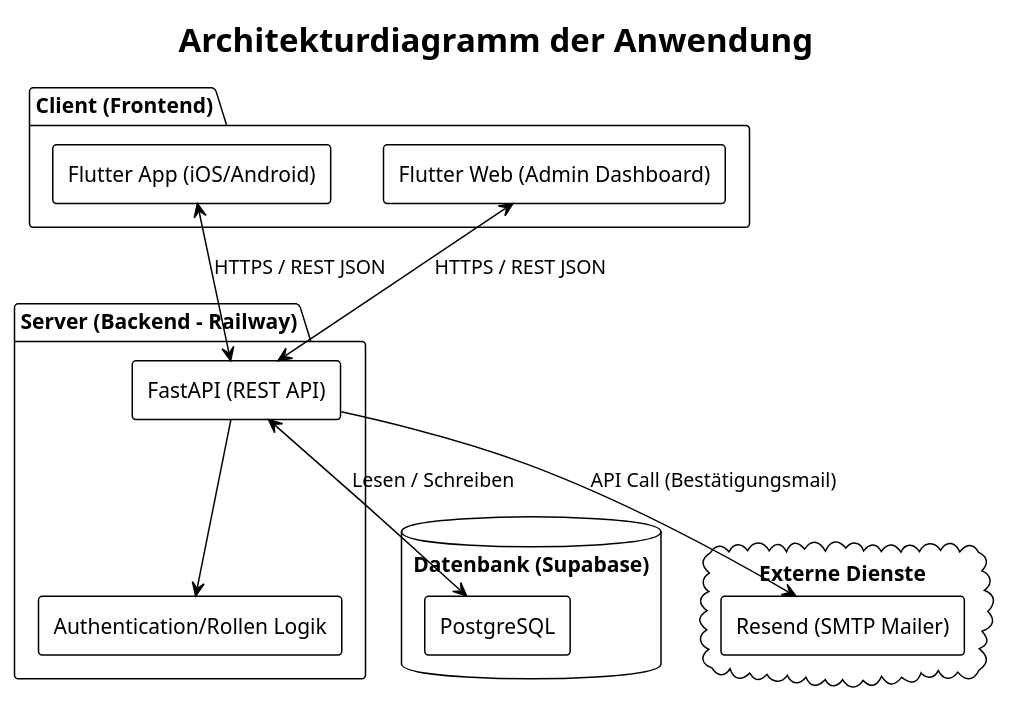
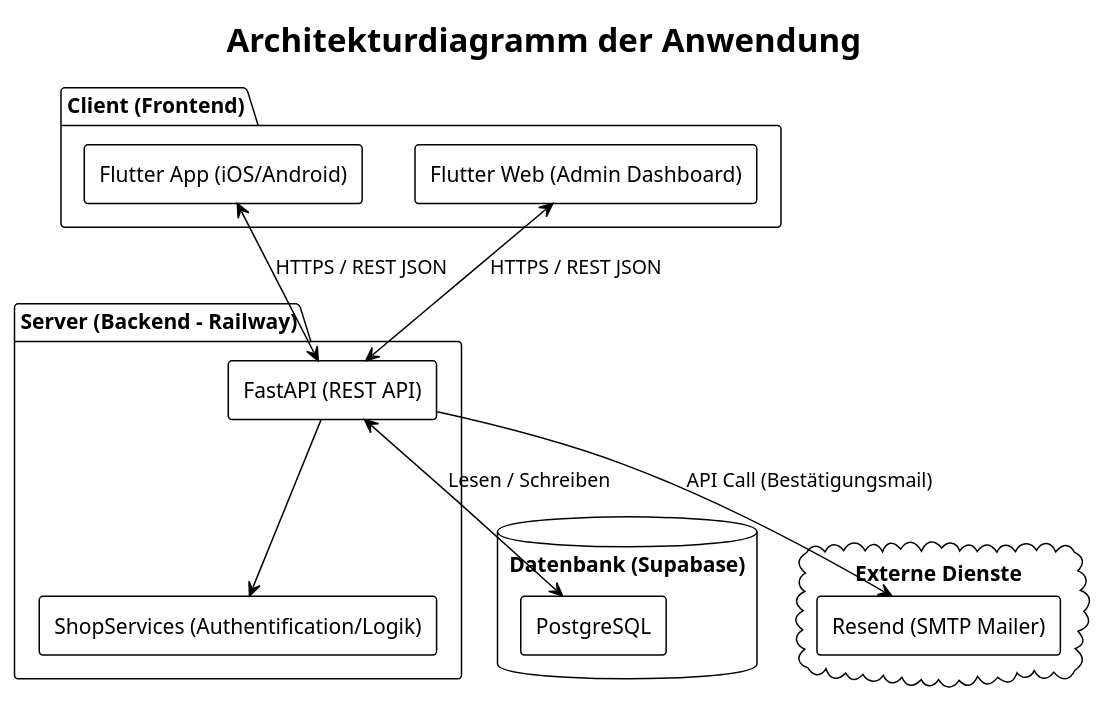
Before and after one commit to marcelo-ruediger/thriftshop: the fourth of 5 diagrams in docs/thriftshop_dokumentation.md, drawn with PlantUML. The commit also changed other lines of this file and 7 other files, not shown here.

````diff
--- a/docs/thriftshop_dokumentation.md
+++ b/docs/thriftshop_dokumentation.md
@@ -351,32 +385,32 @@
 ```plantuml 
 @startuml architekturdiagramm
 !theme plain
 title Architekturdiagramm der Anwendung
 skinparam componentStyle rectangle
 
 package "Client (Frontend)" {
     [Flutter App (iOS/Android)] as App
     [Flutter Web (Admin Dashboard)] as Web
 }
 
 package "Server (Backend - Railway)" {
     [FastAPI (REST API)] as API
-    [Authentication/Rollen Logik] as Auth
+    [ShopServices (Authentification/Logik)] as Auth
     API --> Auth
 }
 
 database "Datenbank (Supabase)" {
     [PostgreSQL] as DB
 }
 
 cloud "Externe Dienste" {
     [Resend (SMTP Mailer)] as Mail
 }
 
 App <--> API : HTTPS / REST JSON
 Web <--> API : HTTPS / REST JSON
 
 API <--> DB : Lesen / Schreiben
 API --> Mail : API Call (Bestätigungsmail)
 @enduml
 ```
````
